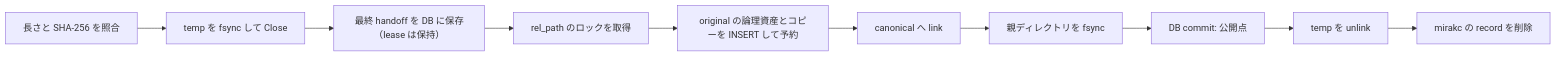
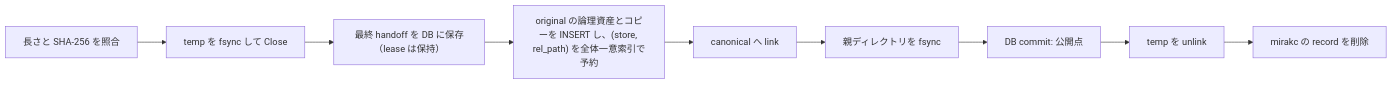
One commit to fetburner/rokuban changed the diagram in docs/recording/ingest-retry.md. Above: the diagram before and after it, drawn with Mermaid. The commit also changed other lines of this file and 48 other files, not shown here.

First line of the commit message:
Remove media rel_path file locks (#1706)

````diff
--- a/docs/recording/ingest-retry.md
+++ b/docs/recording/ingest-retry.md
@@ -128,12 +128,11 @@
 ```mermaid
 flowchart LR
   A[長さと SHA-256 を照合] --> B[temp を fsync して Close]
   B --> B2[最終 handoff を DB に保存（lease は保持）]
-  B2 --> C[rel_path のロックを取得]
-  C --> D[original の論理資産とコピーを INSERT して予約]
+  B2 --> D["original の論理資産とコピーを INSERT し、(store, rel_path) を全体一意索引で予約"]
   D --> E[canonical へ link]
   E --> F[親ディレクトリを fsync]
   F --> G[DB commit: 公開点]
   G --> H[temp を unlink]
   H --> I[mirakc の record を削除]
 ```
````
